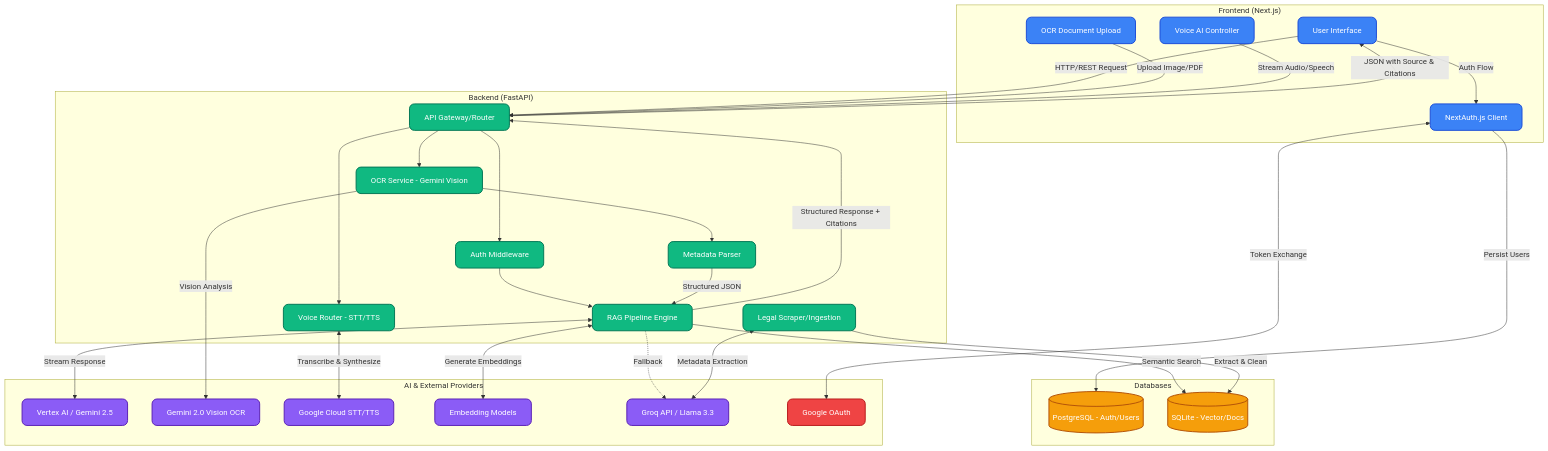
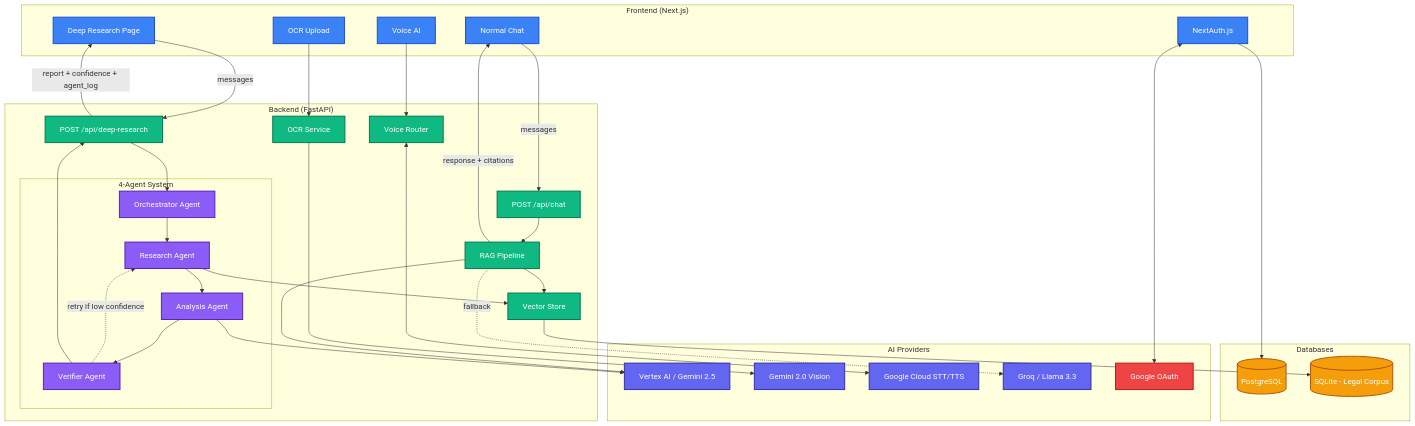
The diagram in README.md (SudhanshuBiswas01/Justice-AI), drawn with Mermaid before and after one commit. The commit also changed other lines of this file, not shown here.

Commit message:
docs: rewrite README with 4-agent Deep Research session, two-mode comparison, and updated architecture

````diff
--- a/README.md
+++ b/README.md
@@ -74,72 +166,75 @@
 ```mermaid
 graph TD
-    %% Styling definitions
-    classDef frontend fill:#3b82f6,stroke:#1d4ed8,stroke-width:2px,color:#fff,rx:10,ry:10;
-    classDef backend fill:#10b981,stroke:#047857,stroke-width:2px,color:#fff,rx:10,ry:10;
-    classDef db fill:#f59e0b,stroke:#b45309,stroke-width:2px,color:#fff,rx:10,ry:10;
-    classDef llm fill:#8b5cf6,stroke:#5b21b6,stroke-width:2px,color:#fff,rx:10,ry:10;
-    classDef external fill:#ef4444,stroke:#b91c1c,stroke-width:2px,color:#fff,rx:10,ry:10;
+    classDef frontend fill:#3b82f6,stroke:#1d4ed8,stroke-width:2px,color:#fff;
+    classDef backend fill:#10b981,stroke:#047857,stroke-width:2px,color:#fff;
+    classDef agents fill:#8b5cf6,stroke:#5b21b6,stroke-width:2px,color:#fff;
+    classDef db fill:#f59e0b,stroke:#b45309,stroke-width:2px,color:#fff;
+    classDef llm fill:#6366f1,stroke:#3730a3,stroke-width:2px,color:#fff;
+    classDef external fill:#ef4444,stroke:#b91c1c,stroke-width:2px,color:#fff;
 
     subgraph "Frontend (Next.js)"
-        UI[User Interface]:::frontend
-        VoiceOrb[Voice AI Controller]:::frontend
-        OCRUpload[OCR Document Upload]:::frontend
-        AuthClient[NextAuth.js Client]:::frontend
+        UI[Normal Chat]:::frontend
+        DR[Deep Research Page]:::frontend
+        VoiceOrb[Voice AI]:::frontend
+        OCRUpload[OCR Upload]:::frontend
+        AuthClient[NextAuth.js]:::frontend
     end
 
     subgraph "Backend (FastAPI)"
-        API[API Gateway/Router]:::backend
-        RAG[RAG Pipeline Engine]:::backend
-        AuthAPI[Auth Middleware]:::backend
-        OCRService[OCR Service - Gemini Vision]:::backend
-        MetaParser[Metadata Parser]:::backend
-        VoiceRouter[Voice Router - STT/TTS]:::backend
-        Scraper[Legal Scraper/Ingestion]:::backend
+        ChatAPI[POST /api/chat]:::backend
+        DRAPI[POST /api/deep-research]:::backend
+        OCRService[OCR Service]:::backend
+        VoiceRouter[Voice Router]:::backend
+
+        subgraph "4-Agent System"
+            Orch[Orchestrator Agent]:::agents
+            Res[Research Agent]:::agents
+            Ana[Analysis Agent]:::agents
+            Ver[Verifier Agent]:::agents
+        end
+
+        RAG[RAG Pipeline]:::backend
+        VectorStore[Vector Store]:::backend
     end
 
     subgraph "Databases"
-        PG[(PostgreSQL - Auth/Users)]:::db
-        SQLite[(SQLite - Vector/Docs)]:::db
+        PG[(PostgreSQL)]:::db
+        SQLite[(SQLite - Legal Corpus)]:::db
     end
 
-    subgraph "AI & External Providers"
+    subgraph "AI Providers"
         Vertex[Vertex AI / Gemini 2.5]:::llm
-        GeminiVision[Gemini 2.0 Vision OCR]:::llm
+        GemVision[Gemini 2.0 Vision]:::llm
         GCPVoice[Google Cloud STT/TTS]:::llm
-        Embed[Embedding Models]:::llm
-        Groq[Groq API / Llama 3.3]:::llm
+        Groq[Groq / Llama 3.3]:::llm
         OAuth[Google OAuth]:::external
     end
 
-    %% Connections
-    UI -->|HTTP/REST Request| API
-    UI -->|Auth Flow| AuthClient
-    AuthClient <-->|Token Exchange| OAuth
-    AuthClient -->|Persist Users| PG
+    UI -->|messages| ChatAPI
+    DR -->|messages| DRAPI
+    VoiceOrb --> VoiceRouter
+    OCRUpload --> OCRService
 
-    OCRUpload -->|Upload Image/PDF| API
-    VoiceOrb -->|Stream Audio/Speech| API
-    
-    API --> AuthAPI
-    AuthAPI --> RAG
-    
-    API --> OCRService
-    OCRService -->|Vision Analysis| GeminiVision
-    OCRService --> MetaParser
-    MetaParser -->|Structured JSON| RAG
-    
-    API --> VoiceRouter
-    VoiceRouter <-->|Transcribe & Synthesize| GCPVoice
-    
-    RAG -->|Semantic Search| SQLite
-    RAG <-->|Stream Response| Vertex
-    RAG <-->|Generate Embeddings| Embed
-    RAG -.->|Fallback| Groq
-    
-    %% Response Return Flow
-    RAG -->|Structured Response + Citations| API
-    API -->|JSON with Source & Citations| UI
-    
-    Scraper -->|Extract & Clean| SQLite
-    Scraper <-->|Metadata Extraction| Groq
+    ChatAPI --> RAG
+    RAG --> VectorStore
+    VectorStore --> SQLite
+    RAG --> Vertex
+    RAG -.->|fallback| Groq
+
+    DRAPI --> Orch
+    Orch --> Res
+    Res --> VectorStore
+    Res --> Ana
+    Ana --> Vertex
+    Ana --> Ver
+    Ver -.->|retry if low confidence| Res
+    Ver --> DRAPI
+
+    OCRService --> GemVision
+    VoiceRouter <--> GCPVoice
+    AuthClient <--> OAuth
+    AuthClient --> PG
+
+    RAG -->|response + citations| UI
+    DRAPI -->|report + confidence + agent_log| DR
 ```
````
